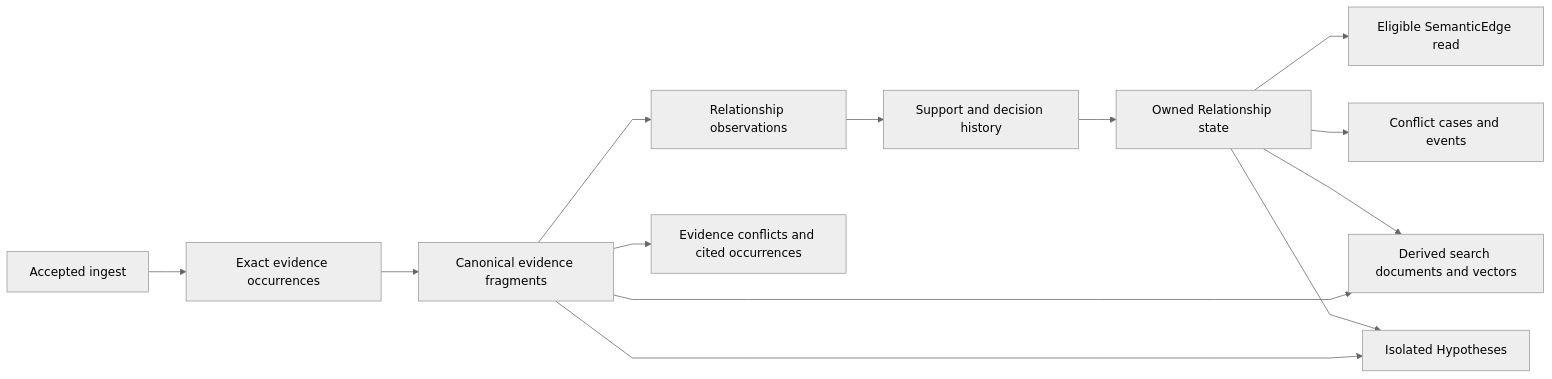
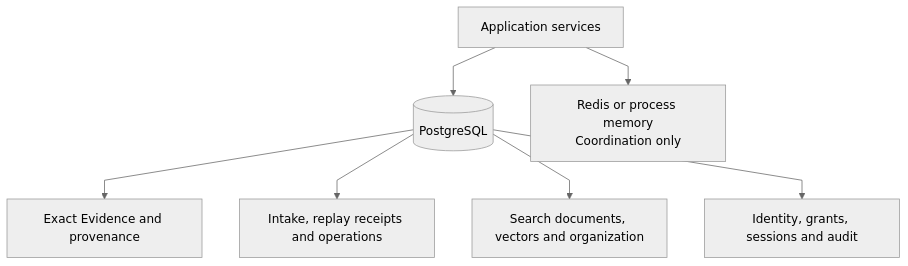
Before and after one commit to markhuangai/dense-mem: the first of 2 diagrams in Data-Model-And-Storage.md, drawn with Mermaid (neutral theme). The commit also changed other lines of this file and 34 other files, not shown here.

Commit message:
docs: publish visual Evidence-only memory guide

````diff
--- a/Data-Model-And-Storage.md
+++ b/Data-Model-And-Storage.md
@@ -20,16 +7,10 @@
 ```mermaid
 %%{init: {"flowchart": {"curve": "linear"}}}%%
-flowchart LR
-  Ingest["Accepted ingest"] --> Occurrence["Exact evidence occurrences"]
-  Occurrence --> Evidence["Canonical evidence fragments"]
-  Evidence --> Observation["Relationship observations"]
-  Observation --> Support["Support and decision history"]
-  Support --> Relationship["Owned Relationship state"]
-  Relationship --> Edge["Eligible SemanticEdge read"]
-  Evidence --> Search["Derived search documents and vectors"]
-  Relationship --> Search
-  Relationship --> Conflict["Conflict cases and events"]
-  Evidence --> EvidenceConflict["Evidence conflicts and cited occurrences"]
-  Evidence --> Dream["Isolated Hypotheses"]
-  Relationship --> Dream
+flowchart TB
+  App["Application services"] --> PG[("PostgreSQL")]
+  PG --> Canonical["Exact Evidence and provenance"]
+  PG --> Workflow["Intake, replay receipts and operations"]
+  PG --> Derived["Search documents, vectors and organization"]
+  PG --> Security["Identity, grants, sessions and audit"]
+  App --> Coordination["Redis or process memory<br/>Coordination only"]
 ```
````
